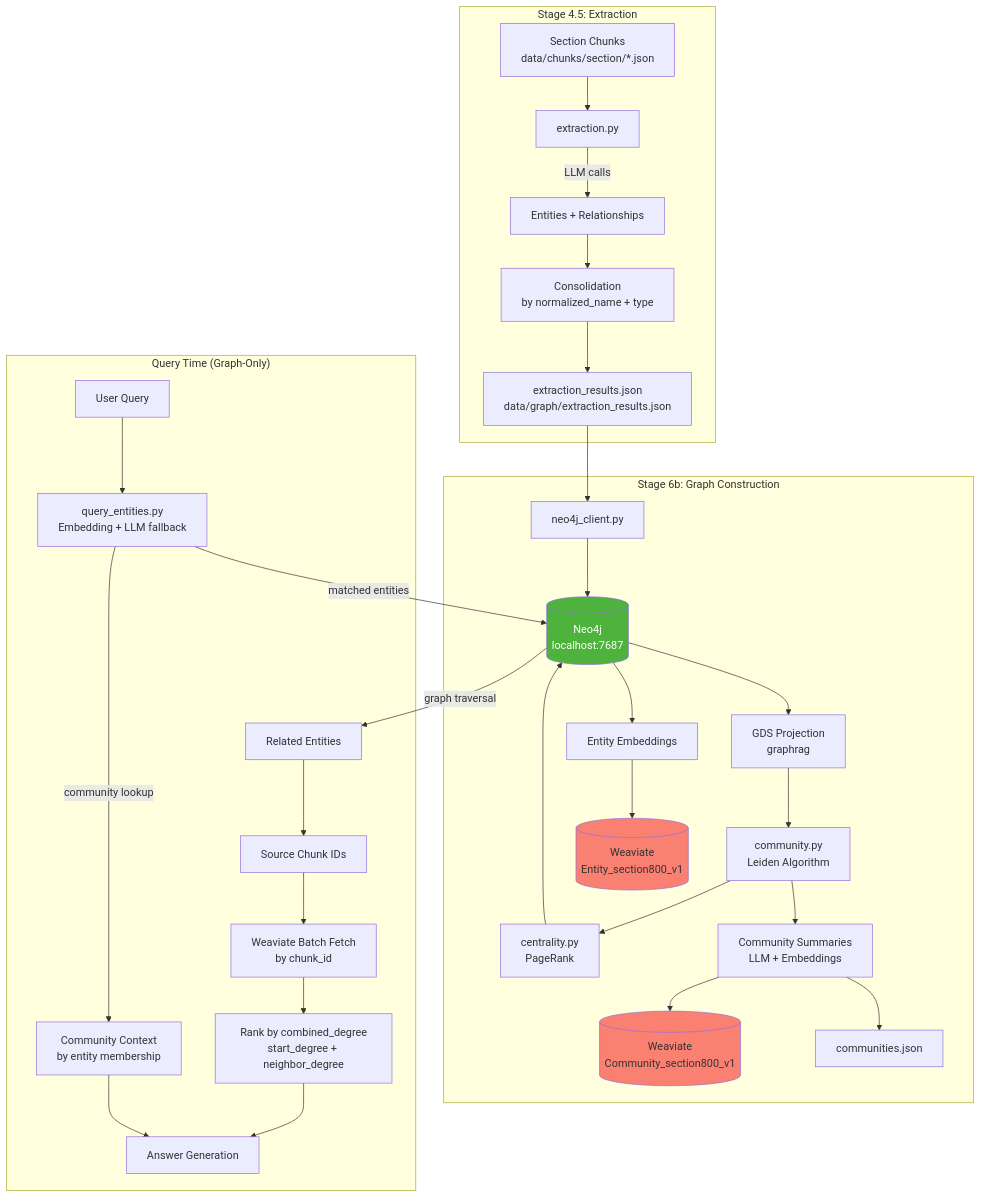
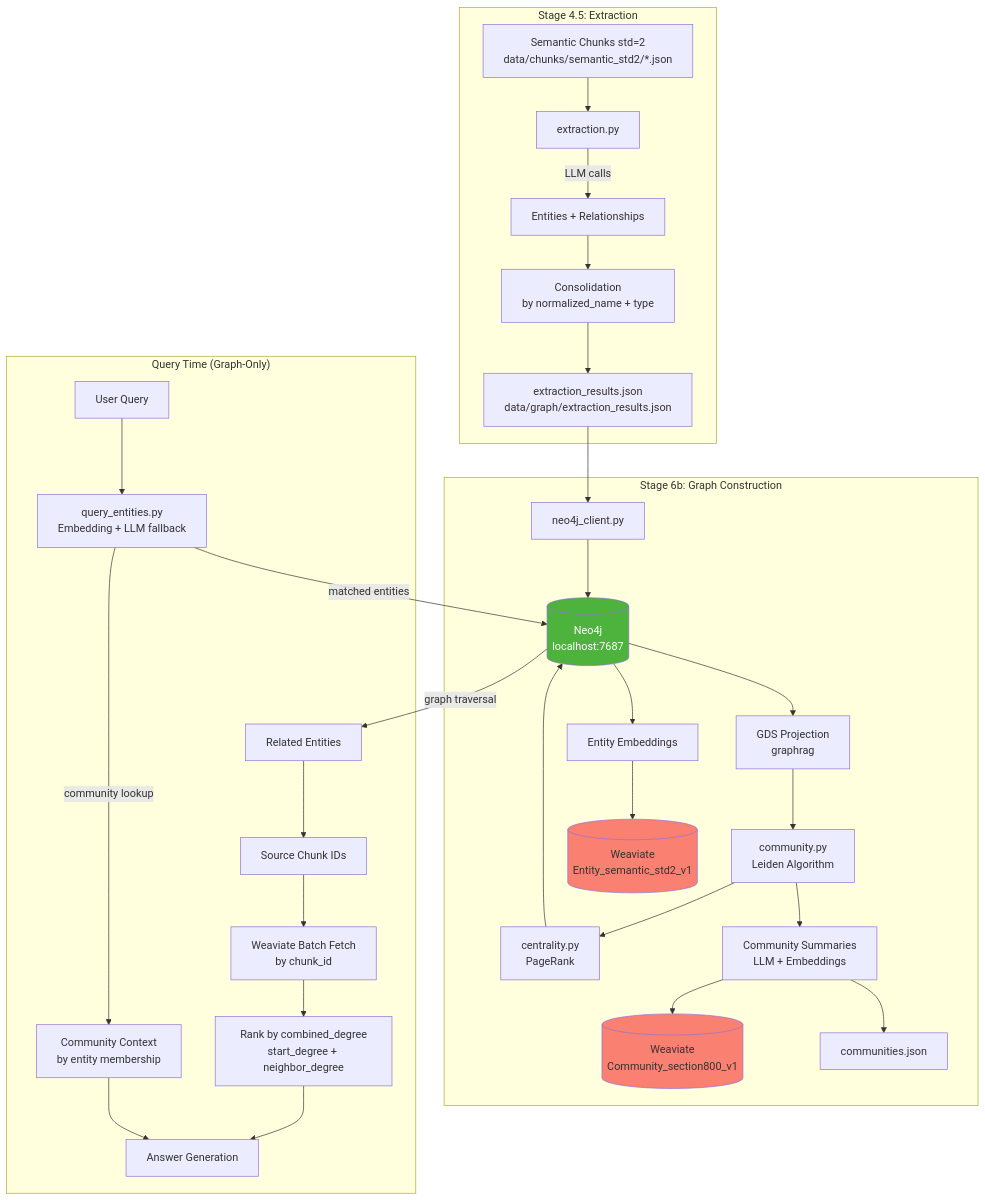
Before and after one commit to crlsrmrlsz/raglab: the first of 8 diagrams in memory-bank/graphrag/graphrag_raglab_implementation.md, drawn with Mermaid. The commit also changed other lines of this file, not shown here.

First line of the commit message:
docs(graphrag): update implementation doc to match semantic_std2 chunking

````diff
--- a/memory-bank/graphrag/graphrag_raglab_implementation.md
+++ b/memory-bank/graphrag/graphrag_raglab_implementation.md
@@ -34,45 +34,45 @@
 ```mermaid
 flowchart TB
     subgraph Phase1["Stage 4.5: Extraction"]
-        CHUNKS[Section Chunks<br/>data/chunks/section/*.json] --> EXTRACT[extraction.py]
+        CHUNKS[Semantic Chunks std=2<br/>data/chunks/semantic_std2/*.json] --> EXTRACT[extraction.py]
         EXTRACT --> |LLM calls| ENTITIES[Entities + Relationships]
         ENTITIES --> CONSOLIDATE[Consolidation<br/>by normalized_name + type]
         CONSOLIDATE --> RESULTS[extraction_results.json<br/>data/graph/extraction_results.json]
     end
 
     subgraph Phase2["Stage 6b: Graph Construction"]
         RESULTS --> UPLOAD[neo4j_client.py]
         UPLOAD --> NEO4J[(Neo4j<br/>localhost:7687)]
 
         NEO4J --> GDS[GDS Projection<br/>graphrag]
         GDS --> LEIDEN[community.py<br/>Leiden Algorithm]
         LEIDEN --> PAGERANK[centrality.py<br/>PageRank]
         PAGERANK --> NEO4J
 
         LEIDEN --> SUMMARY[Community Summaries<br/>LLM + Embeddings]
         SUMMARY --> WEAVIATE_COMM[(Weaviate<br/>Community_section800_v1)]
         SUMMARY --> JSON[communities.json]
 
         NEO4J --> ENTITY_EMB[Entity Embeddings]
-        ENTITY_EMB --> WEAVIATE_ENT[(Weaviate<br/>Entity_section800_v1)]
+        ENTITY_EMB --> WEAVIATE_ENT[(Weaviate<br/>Entity_semantic_std2_v1)]
     end
 
     subgraph Phase3["Query Time (Graph-Only)"]
         QUERY[User Query] --> ENTITY_EXT[query_entities.py<br/>Embedding + LLM fallback]
         ENTITY_EXT --> |matched entities| NEO4J
         NEO4J --> |graph traversal| NEIGHBORS[Related Entities]
         NEIGHBORS --> CHUNK_IDS[Source Chunk IDs]
 
         CHUNK_IDS --> FETCH[Weaviate Batch Fetch<br/>by chunk_id]
         FETCH --> RANK[Rank by combined_degree<br/>start_degree + neighbor_degree]
 
         ENTITY_EXT --> |community lookup| COMM_CTX[Community Context<br/>by entity membership]
 
         RANK --> GENERATION[Answer Generation]
         COMM_CTX --> GENERATION
     end
 
     style NEO4J fill:#4db33d,color:white
     style WEAVIATE_COMM fill:#fa8072
     style WEAVIATE_ENT fill:#fa8072
 ```
````
